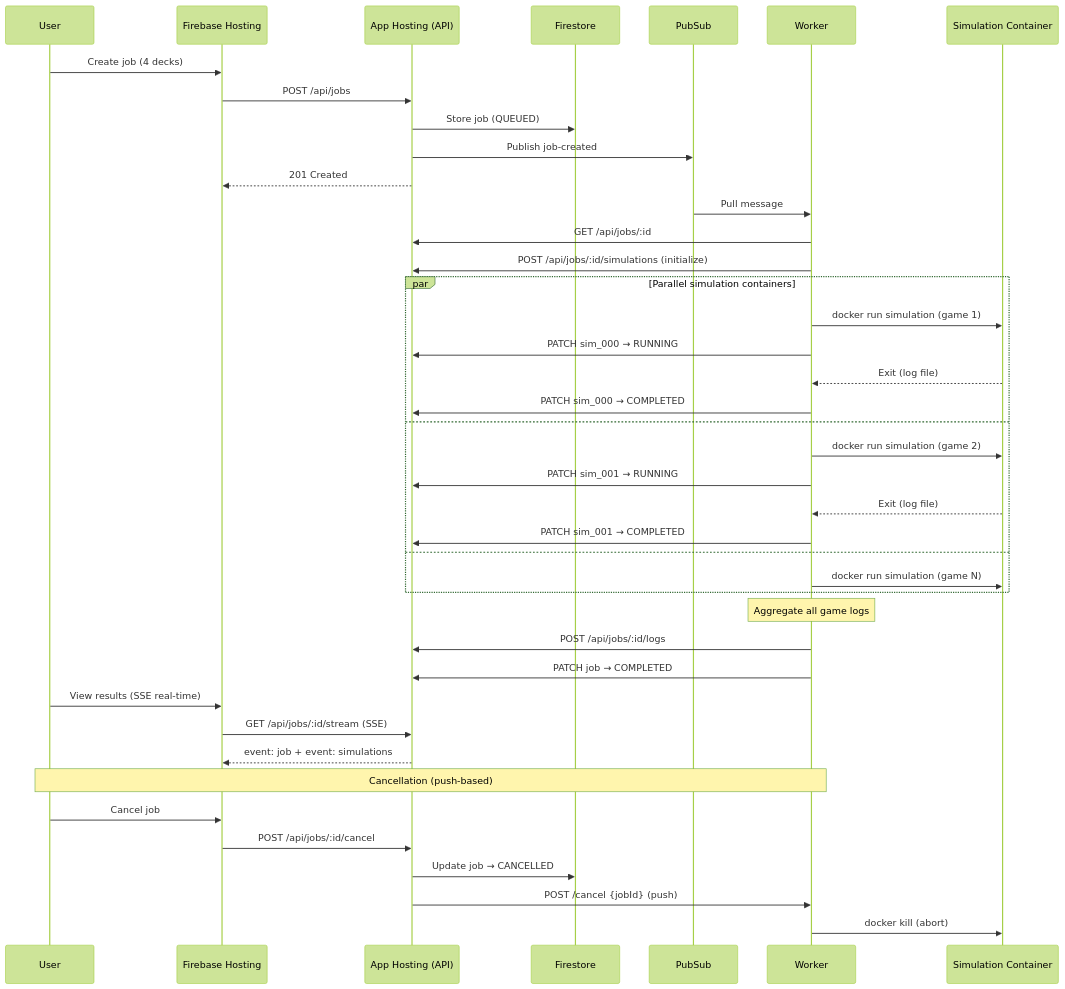
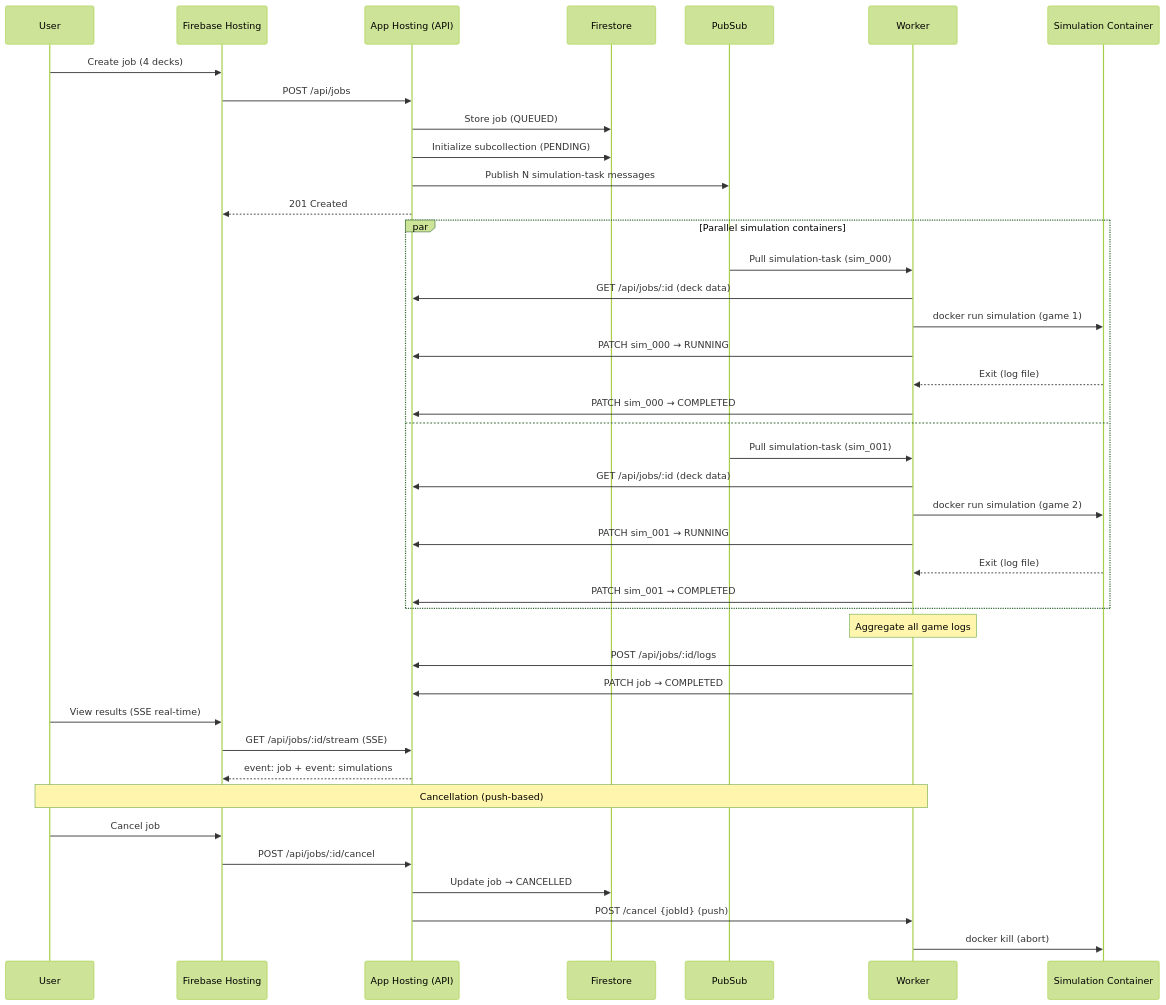
One commit to TytaniumDev/MagicBracketSimulator changed the third of 5 diagrams in docs/ARCHITECTURE.md. Above: the diagram before and after it, drawn with Mermaid (forest theme). The commit also changed other lines of this file and 1 other file, not shown here.

Commit message:
📜 Scribe: Updated Technical ARCHITECTURE.md
- Updated the Mermaid sequence diagram in `docs/ARCHITECTURE.md` to reflect the change from publishing a single "job-created" message to N individual "simulation-task" messages.
- Removed obsolete initialization API endpoints from diagram and text.
- Added a new journal entry to `.jules/scribe.md` documenting this drift.

````diff
--- a/docs/ARCHITECTURE.md
+++ b/docs/ARCHITECTURE.md
@@ -131,49 +131,48 @@
 ```mermaid
 sequenceDiagram
     participant User
     participant Frontend as Firebase Hosting
     participant API as App Hosting (API)
     participant Firestore
     participant PubSub
     participant Worker
     participant SimContainer as Simulation Container
 
     User->>Frontend: Create job (4 decks)
     Frontend->>API: POST /api/jobs
     API->>Firestore: Store job (QUEUED)
-    API->>PubSub: Publish job-created
+    API->>Firestore: Initialize subcollection (PENDING)
+    API->>PubSub: Publish N simulation-task messages
     API-->>Frontend: 201 Created
 
-    PubSub->>Worker: Pull message
-    Worker->>API: GET /api/jobs/:id
-    Worker->>API: POST /api/jobs/:id/simulations (initialize)
-
     par Parallel simulation containers
+        PubSub->>Worker: Pull simulation-task (sim_000)
+        Worker->>API: GET /api/jobs/:id (deck data)
         Worker->>SimContainer: docker run simulation (game 1)
         Worker->>API: PATCH sim_000 → RUNNING
         SimContainer-->>Worker: Exit (log file)
         Worker->>API: PATCH sim_000 → COMPLETED
     and
+        PubSub->>Worker: Pull simulation-task (sim_001)
+        Worker->>API: GET /api/jobs/:id (deck data)
         Worker->>SimContainer: docker run simulation (game 2)
         Worker->>API: PATCH sim_001 → RUNNING
         SimContainer-->>Worker: Exit (log file)
         Worker->>API: PATCH sim_001 → COMPLETED
-    and
-        Worker->>SimContainer: docker run simulation (game N)
     end
 
     Note over Worker: Aggregate all game logs
     Worker->>API: POST /api/jobs/:id/logs
     Worker->>API: PATCH job → COMPLETED
 
     User->>Frontend: View results (SSE real-time)
     Frontend->>API: GET /api/jobs/:id/stream (SSE)
     API-->>Frontend: event: job + event: simulations
 
     Note over User,Worker: Cancellation (push-based)
     User->>Frontend: Cancel job
     Frontend->>API: POST /api/jobs/:id/cancel
     API->>Firestore: Update job → CANCELLED
     API->>Worker: POST /cancel {jobId} (push)
     Worker->>SimContainer: docker kill (abort)
 ```
````
